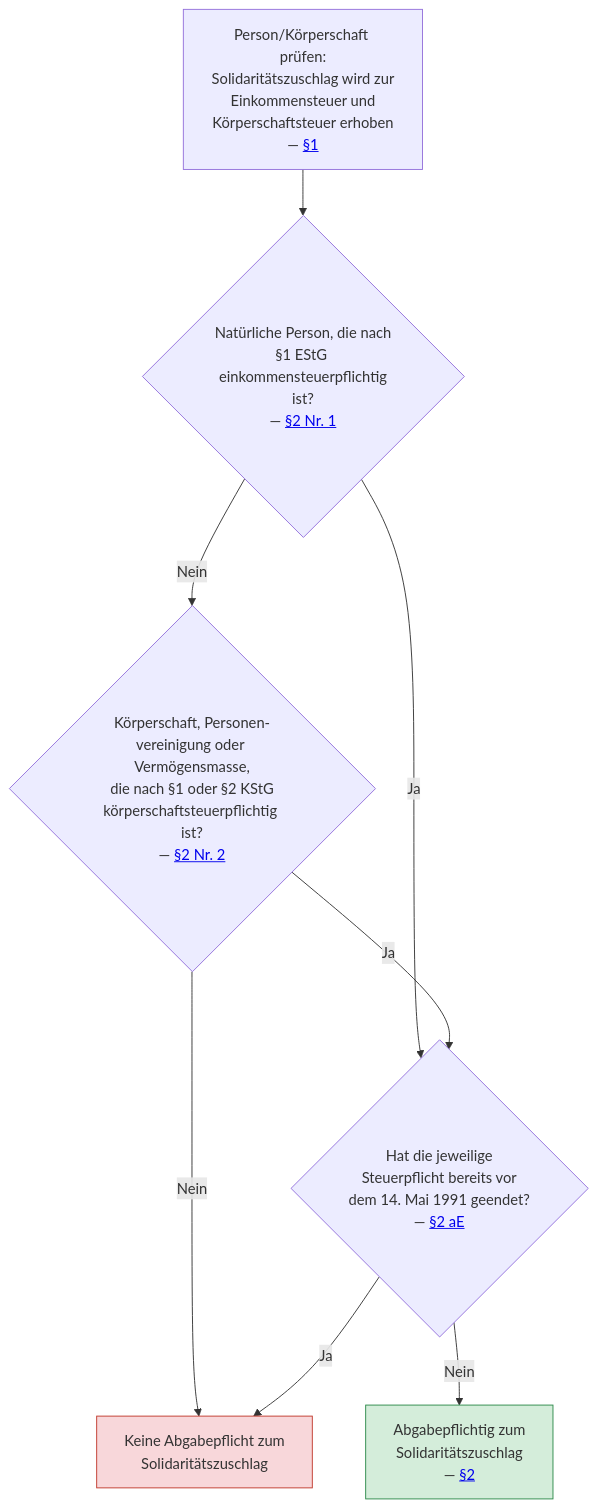
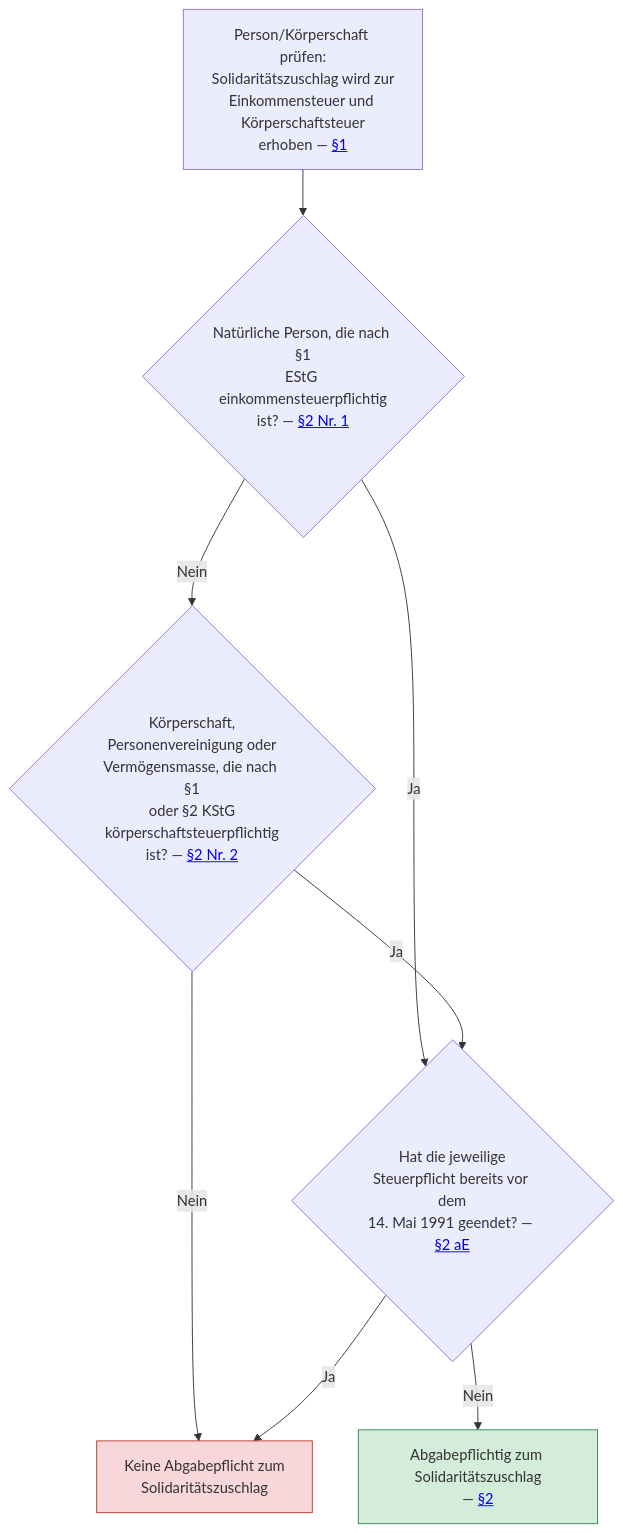
The diagram in src/content/ki-visualisierungen/SolZG/abgabepflicht.mmd (digitalservicebund/zfl-website), drawn with Mermaid before and after one commit. The commit also changed 167 other files, not shown here.

Commit message:
refactor(ki-visualisierungen): re-flow older charts

```diff
--- a/src/content/ki-visualisierungen/SolZG/abgabepflicht.mmd
+++ b/src/content/ki-visualisierungen/SolZG/abgabepflicht.mmd
@@ -1,14 +1,14 @@
 ---
 summary: "Prüft, ob eine natürliche Person oder Körperschaft aufgrund ihrer Einkommen- oder Körperschaftsteuerpflicht dem Solidaritätszuschlag unterliegt, sofern diese Steuerpflicht nicht bereits vor dem 14. Mai 1991 geendet hat."
 ---
 flowchart TD
-    A["Person/Körperschaft prüfen:<br/>Solidaritätszuschlag wird zur<br/>Einkommensteuer und<br/>Körperschaftsteuer erhoben<br/>— <a href='{{ELI}}/art-z1' target='_blank' rel='noopener'>§1</a>"] --> B{"Natürliche Person, die nach<br/>§1 EStG einkommensteuerpflichtig<br/>ist?<br/>— <a href='{{ELI}}#art-z2_abs-z' target='_blank' rel='noopener'>§2 Nr. 1</a>"}
+    A["Person/Körperschaft prüfen:<br/>Solidaritätszuschlag wird zur<br/>Einkommensteuer und Körperschaftsteuer<br/>erhoben — <a href='{{ELI}}/art-z1' target='_blank' rel='noopener'>§1</a>"] --> B{"Natürliche Person, die nach §1<br/>EStG einkommensteuerpflichtig<br/>ist? — <a href='{{ELI}}#art-z2_abs-z' target='_blank' rel='noopener'>§2 Nr. 1</a>"}
     B -->|Ja| D
-    B -->|Nein| C{"Körperschaft, Personen-<br/>vereinigung oder Vermögensmasse,<br/>die nach §1 oder §2 KStG<br/>körperschaftsteuerpflichtig ist?<br/>— <a href='{{ELI}}#art-z2_abs-z' target='_blank' rel='noopener'>§2 Nr. 2</a>"}
+    B -->|Nein| C{"Körperschaft,<br/>Personenvereinigung oder<br/>Vermögensmasse, die nach §1<br/>oder §2 KStG<br/>körperschaftsteuerpflichtig<br/>ist? — <a href='{{ELI}}#art-z2_abs-z' target='_blank' rel='noopener'>§2 Nr. 2</a>"}
     C -->|Nein| Z1["Keine Abgabepflicht zum<br/>Solidaritätszuschlag"]
-    C -->|Ja| D{"Hat die jeweilige<br/>Steuerpflicht bereits vor<br/>dem 14. Mai 1991 geendet?<br/>— <a href='{{ELI}}#art-z2_abs-z' target='_blank' rel='noopener'>§2 aE</a>"}
+    C -->|Ja| D{"Hat die jeweilige<br/>Steuerpflicht bereits vor dem<br/>14. Mai 1991 geendet? — <a href='{{ELI}}#art-z2_abs-z' target='_blank' rel='noopener'>§2 aE</a>"}
     D -->|Ja| Z1
-    D -->|Nein| Z2["Abgabepflichtig zum<br/>Solidaritätszuschlag<br/>— <a href='{{ELI}}#art-z2_abs-z' target='_blank' rel='noopener'>§2</a>"]
+    D -->|Nein| Z2["Abgabepflichtig zum Solidaritätszuschlag<br/>— <a href='{{ELI}}#art-z2_abs-z' target='_blank' rel='noopener'>§2</a>"]
 
     style Z1 fill:#f8d7da,stroke:#c0392b
     style Z2 fill:#d4edda,stroke:#2d8a4a
```
